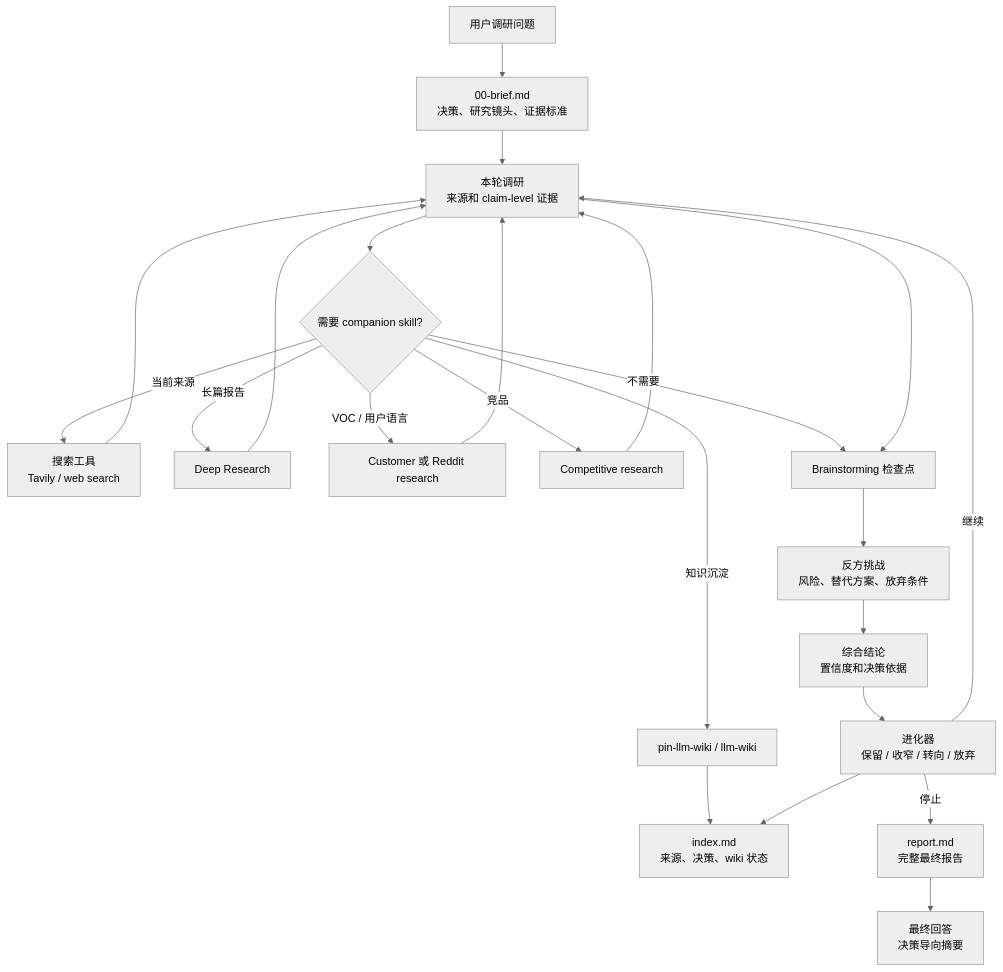
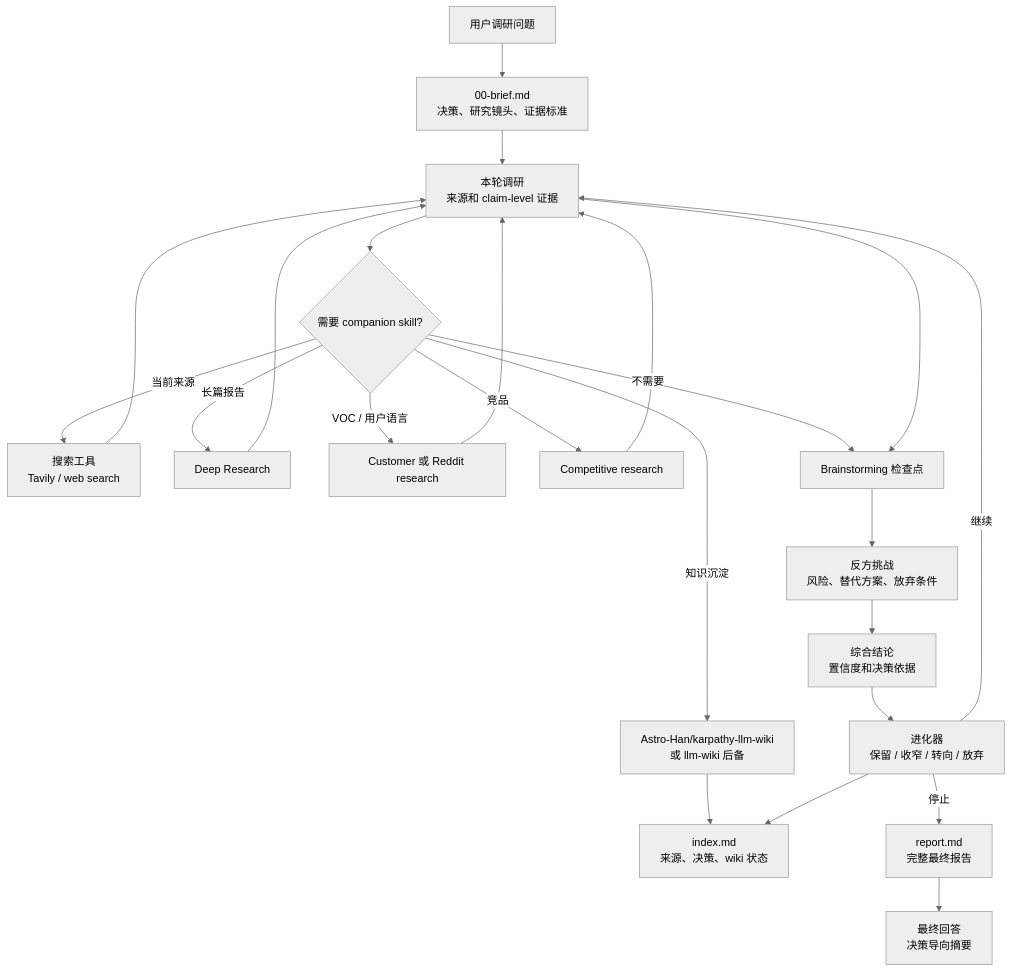
One commit to GoatGit/super-survey changed the diagram in README.zh-CN.md. Above: the diagram before and after it, drawn with Mermaid (neutral theme). The commit also changed other lines of this file and 3 other files, not shown here.

Commit message:
Update LLM wiki companion routing

````diff
--- a/README.zh-CN.md
+++ b/README.zh-CN.md
@@ -110,25 +110,25 @@
 ```mermaid
 flowchart TD
     A[用户调研问题] --> B[00-brief.md<br/>决策、研究镜头、证据标准]
     B --> C[本轮调研<br/>来源和 claim-level 证据]
     C --> D{需要 companion skill?}
     D -->|当前来源| D1[搜索工具<br/>Tavily / web search]
     D -->|长篇报告| D2[Deep Research]
     D -->|VOC / 用户语言| D3[Customer 或 Reddit research]
     D -->|竞品| D4[Competitive research]
-    D -->|知识沉淀| D5[pin-llm-wiki / llm-wiki]
+    D -->|知识沉淀| D5[Astro-Han/karpathy-llm-wiki<br/>或 llm-wiki 后备]
     D -->|不需要| E[Brainstorming 检查点]
     D1 --> C
     D2 --> C
     D3 --> C
     D4 --> C
     D5 --> I[index.md]
     C --> E[Brainstorming 检查点]
     E --> F[反方挑战<br/>风险、替代方案、放弃条件]
     F --> G[综合结论<br/>置信度和决策依据]
     G --> H[进化器<br/>保留 / 收窄 / 转向 / 放弃]
     H --> I[index.md<br/>来源、决策、wiki 状态]
     H -->|继续| C
     H -->|停止| J[report.md<br/>完整最终报告]
     J --> K[最终回答<br/>决策导向摘要]
 ```
````
